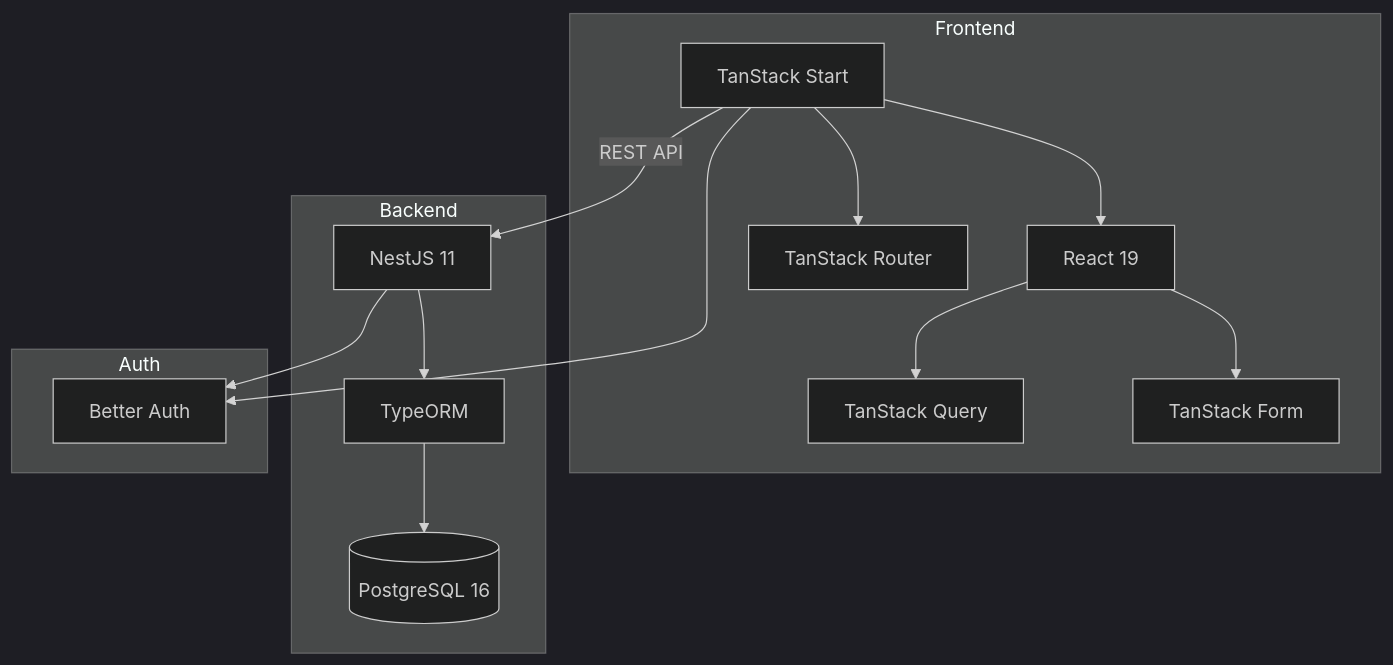
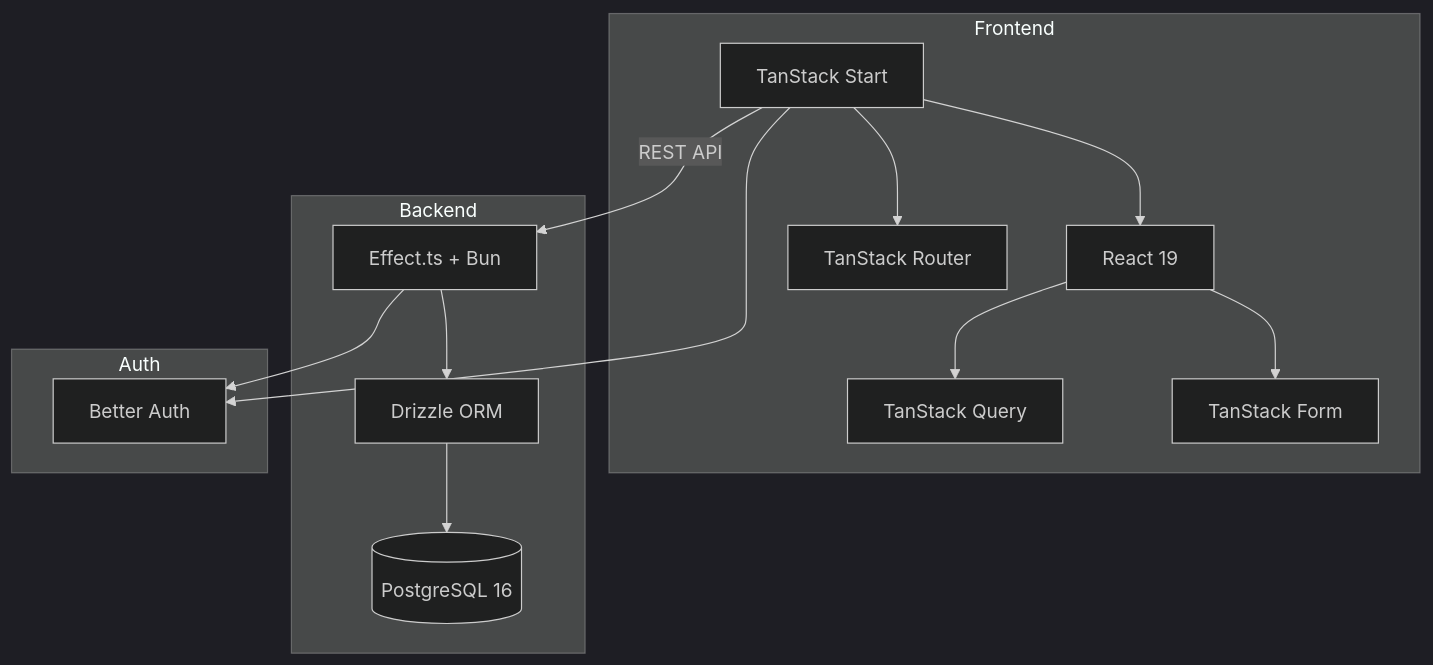
Before and after one commit to librestock/documentation: the first of 2 diagrams in docs/development/architecture.fr.md, drawn with Mermaid (dark theme). The commit also changed other lines of this file and 29 other files, not shown here.

````diff
--- a/docs/development/architecture.fr.md
+++ b/docs/development/architecture.fr.md
@@ -5,22 +5,22 @@
 ```mermaid
 graph TB
     subgraph "Frontend"
         A[TanStack Start] --> B[React 19]
         A --> E[TanStack Router]
         B --> C[TanStack Query]
         B --> D[TanStack Form]
     end
 
     subgraph "Backend"
-        F[NestJS 11] --> G[TypeORM]
+        F[Effect.ts + Bun] --> G[Drizzle ORM]
         G --> H[(PostgreSQL 16)]
     end
 
     subgraph "Auth"
         I[Better Auth]
     end
 
     A -->|REST API| F
     A --> I
     F --> I
 ```
````
